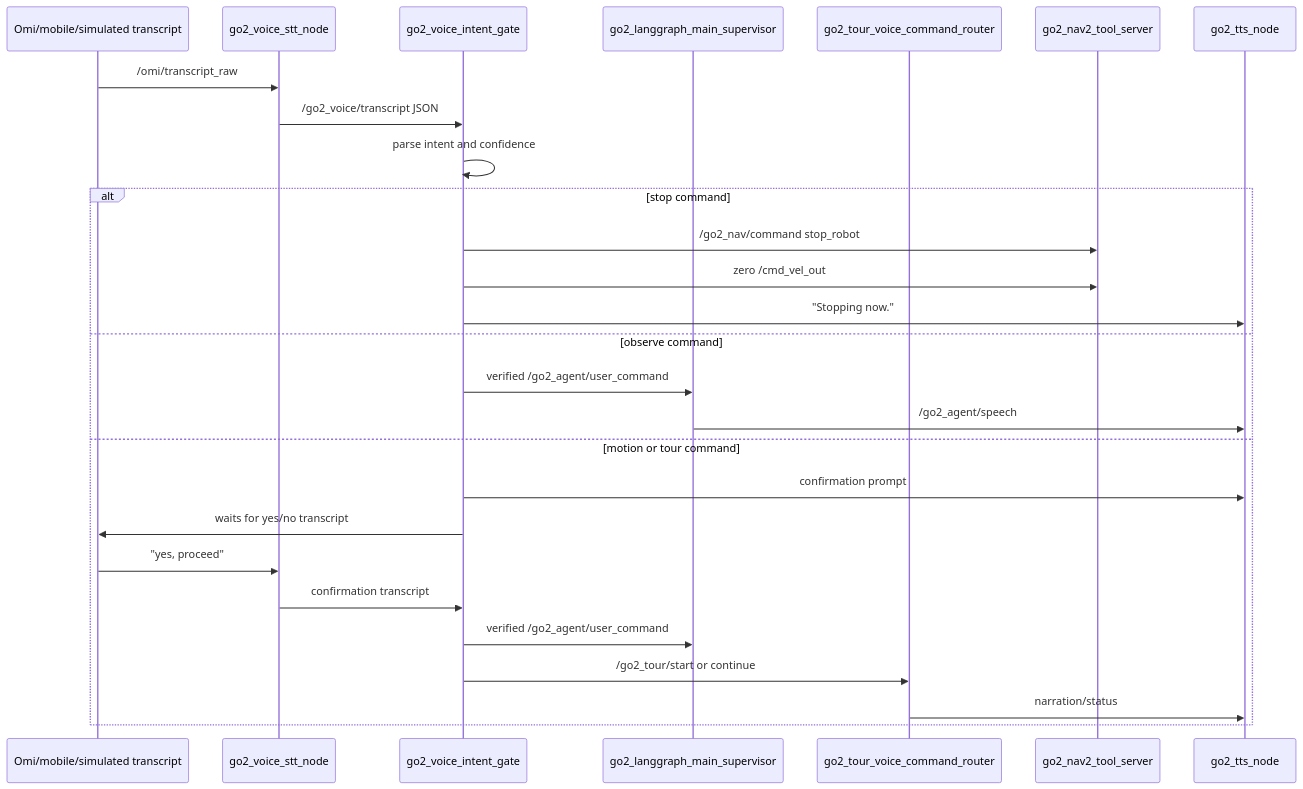
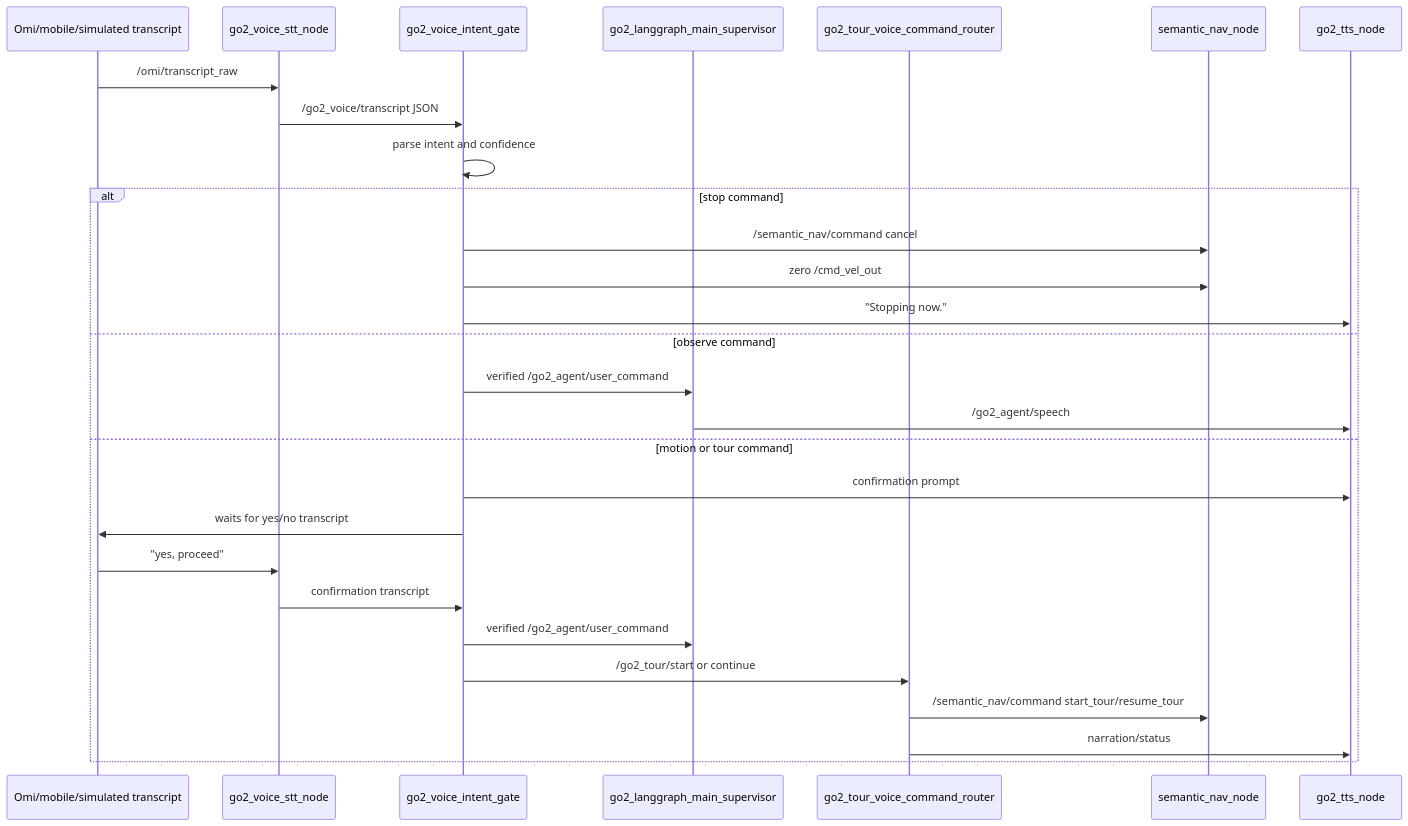
Before and after one commit to pateldhruv1672/go2_ros: the seventh of 8 diagrams in docs/ARCHITECTURE.md, drawn with Mermaid. The commit also changed other lines of this file and 12 other files, not shown here.

````diff
--- a/docs/ARCHITECTURE.md
+++ b/docs/ARCHITECTURE.md
@@ -253,30 +253,31 @@
 ```mermaid
 sequenceDiagram
   participant Omi as Omi/mobile/simulated transcript
   participant STT as go2_voice_stt_node
   participant Gate as go2_voice_intent_gate
   participant Agent as go2_langgraph_main_supervisor
   participant Tour as go2_tour_voice_command_router
-  participant Nav as go2_nav2_tool_server
+  participant Nav as semantic_nav_node
   participant TTS as go2_tts_node
 
   Omi->>STT: /omi/transcript_raw
   STT->>Gate: /go2_voice/transcript JSON
   Gate->>Gate: parse intent and confidence
   alt stop command
-    Gate->>Nav: /go2_nav/command stop_robot
+    Gate->>Nav: /semantic_nav/command cancel
     Gate->>Nav: zero /cmd_vel_out
     Gate->>TTS: "Stopping now."
   else observe command
     Gate->>Agent: verified /go2_agent/user_command
     Agent->>TTS: /go2_agent/speech
   else motion or tour command
     Gate->>TTS: confirmation prompt
     Gate->>Omi: waits for yes/no transcript
     Omi->>STT: "yes, proceed"
     STT->>Gate: confirmation transcript
     Gate->>Agent: verified /go2_agent/user_command
     Gate->>Tour: /go2_tour/start or continue
+    Tour->>Nav: /semantic_nav/command start_tour/resume_tour
     Tour->>TTS: narration/status
   end
 ```
````
